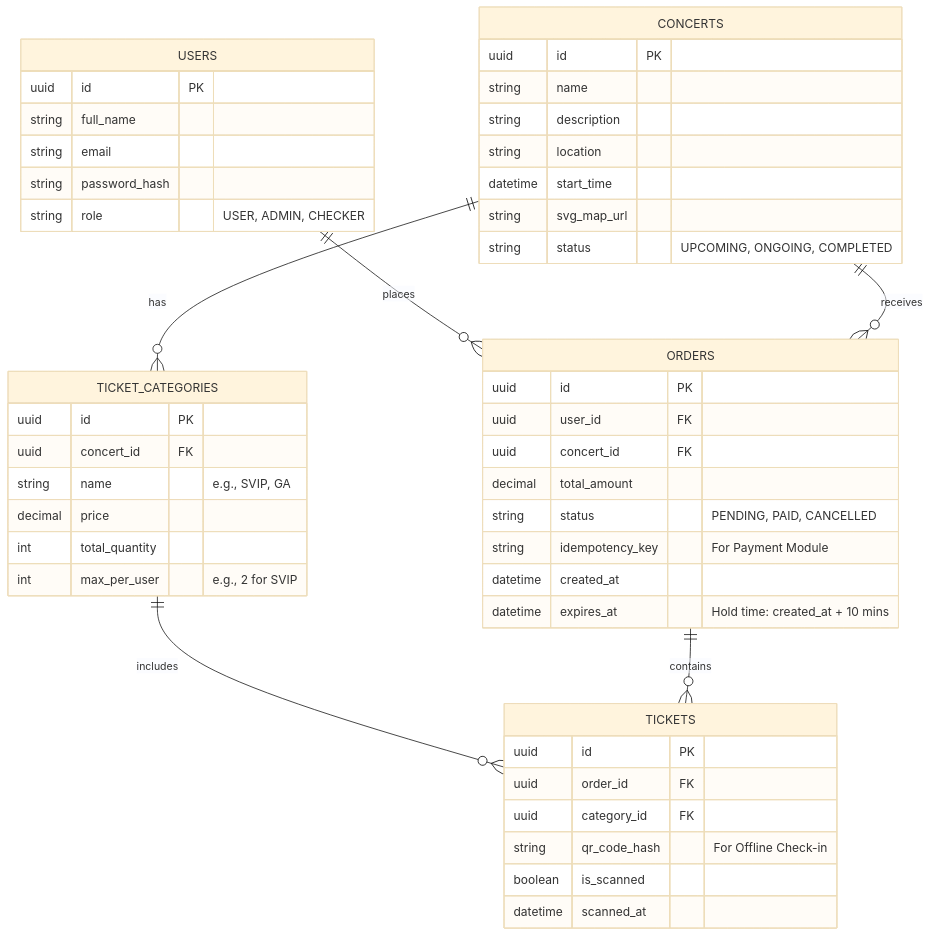
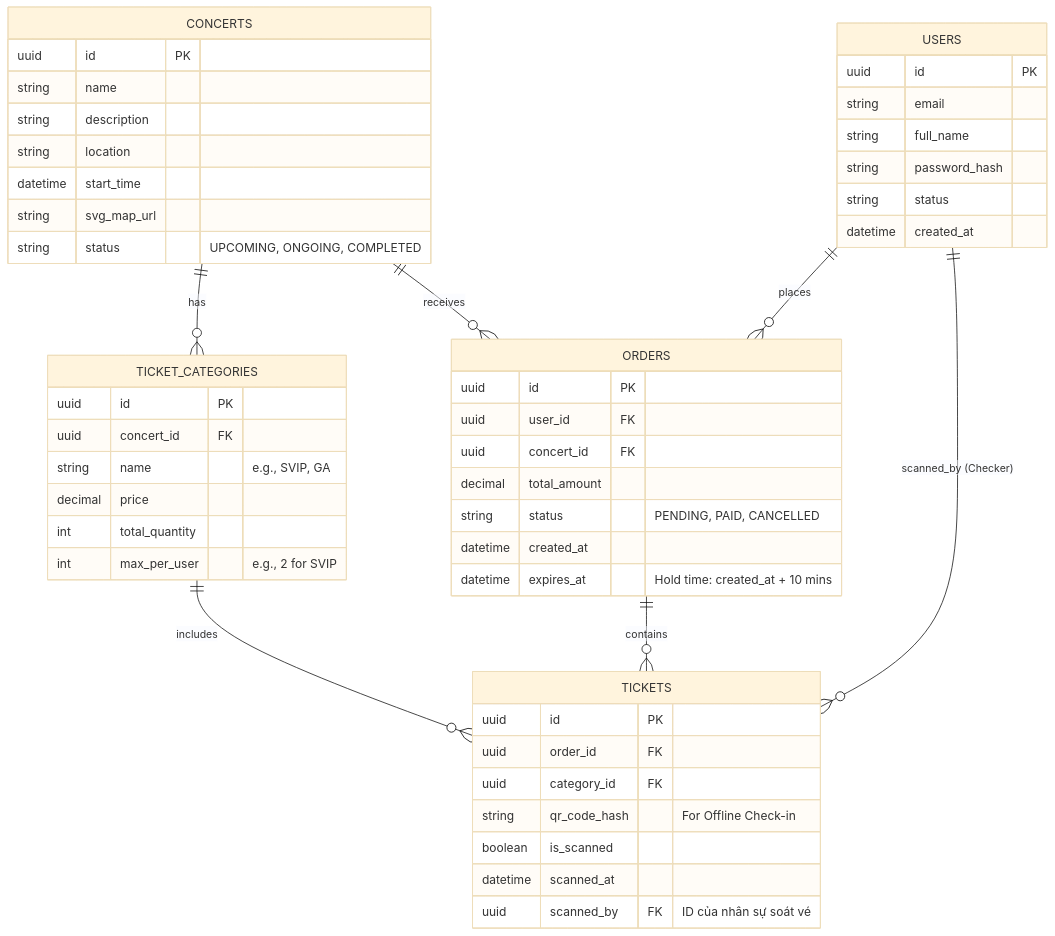
The diagram in docs/research/details/view_buy_tickets.md (TuanDakLak/Ticket_Box), drawn with Mermaid (base theme) before and after one commit. The commit also changed other lines of this file and 4 other files, not shown here.

First line of the commit message:
feat(docs): Enhance documentation and database schema for ticketing system

````diff
--- a/docs/research/details/view_buy_tickets.md
+++ b/docs/research/details/view_buy_tickets.md
@@ -124,56 +108,58 @@
 ```mermaid
 erDiagram
     USERS ||--o{ ORDERS : places
     CONCERTS ||--o{ TICKET_CATEGORIES : has
     TICKET_CATEGORIES ||--o{ TICKETS : includes
     ORDERS ||--o{ TICKETS : contains
     CONCERTS ||--o{ ORDERS : receives
+    USERS ||--o{ TICKETS : "scanned_by (Checker)"
 
     USERS {
         uuid id PK
+        string email
         string full_name
-        string email
         string password_hash
-        string role "USER, ADMIN, CHECKER"
+        string status
+        datetime created_at
     }
 
     CONCERTS {
         uuid id PK
         string name
         string description
         string location
         datetime start_time
         string svg_map_url
         string status "UPCOMING, ONGOING, COMPLETED"
     }
 
     TICKET_CATEGORIES {
         uuid id PK
         uuid concert_id FK
         string name "e.g., SVIP, GA"
         decimal price
         int total_quantity
         int max_per_user "e.g., 2 for SVIP"
     }
 
     ORDERS {
         uuid id PK
         uuid user_id FK
         uuid concert_id FK
         decimal total_amount
         string status "PENDING, PAID, CANCELLED"
-        string idempotency_key "For Payment Module"
         datetime created_at
         datetime expires_at "Hold time: created_at + 10 mins"
     }
 
     TICKETS {
         uuid id PK
         uuid order_id FK
         uuid category_id FK
         string qr_code_hash "For Offline Check-in"
         boolean is_scanned
         datetime scanned_at
+        uuid scanned_by FK "ID của nhân sự soát vé"
     }
 
 ```
````
